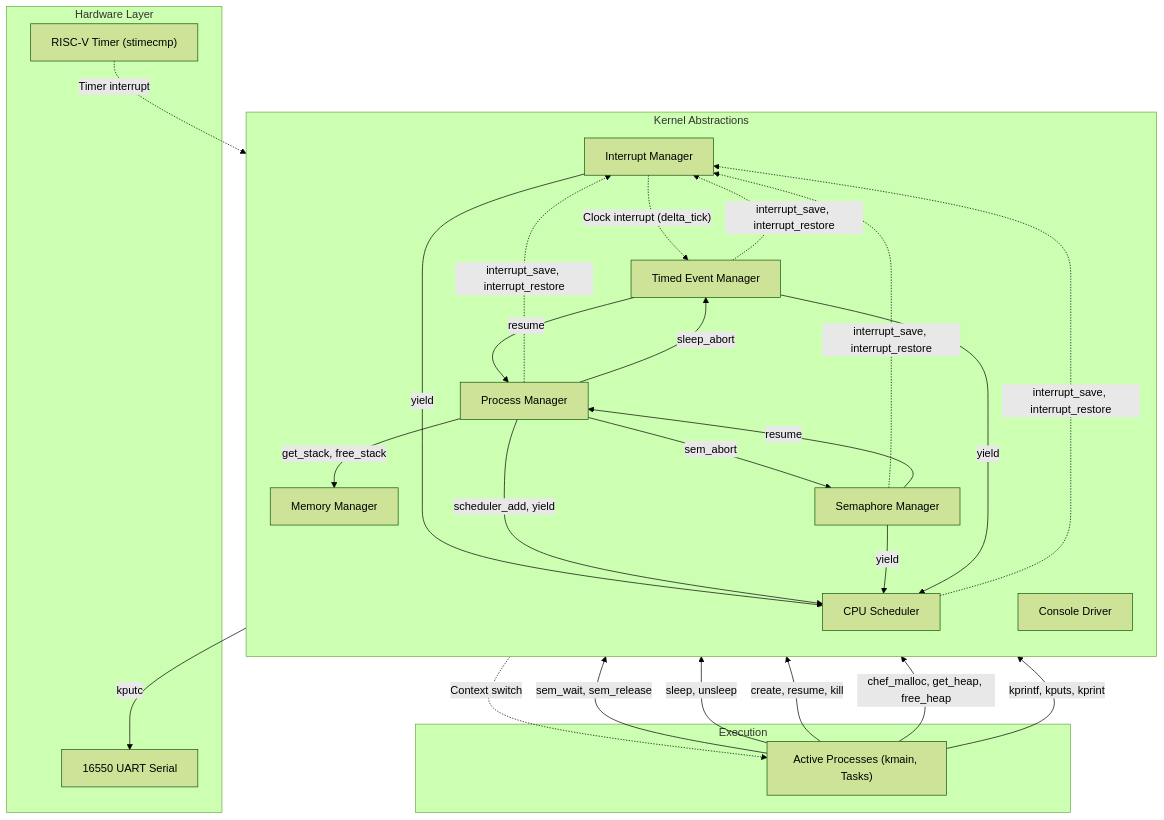
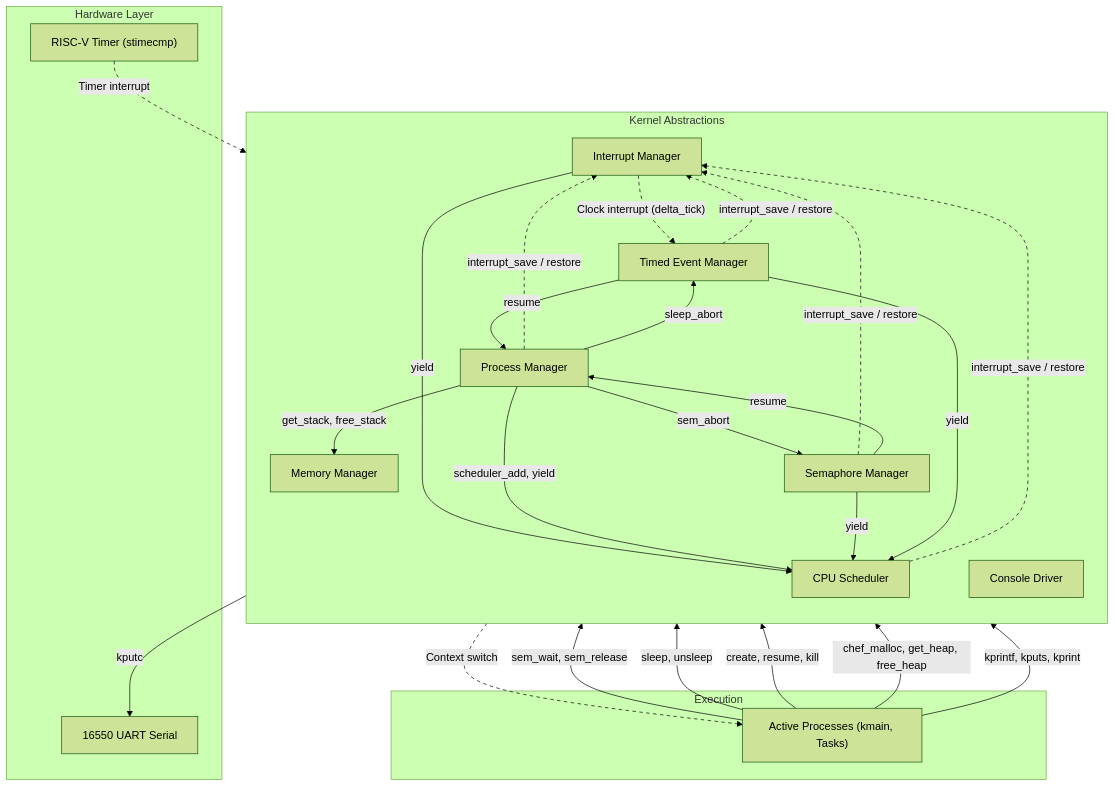
The diagram in README.md (AtesIsf/Rio), drawn with Mermaid (forest theme) before and after one commit.

Commit message:
fixed lines

````diff
--- a/README.md
+++ b/README.md
@@ -173,56 +173,59 @@
 ```mermaid
 flowchart TD
     subgraph Hardware ["Hardware Layer"]
         HW_TIMER["RISC-V Timer (stimecmp)"]
         HW_UART["16550 UART Serial"]
     end
 
     subgraph Core ["Kernel Abstractions"]
         direction TB
         MEM["Memory Manager"]
         PROC["Process Manager"]
         INT["Interrupt Manager"]
         SCHED["CPU Scheduler"]
         SEM["Semaphore Manager"]
         TIMED["Timed Event Manager"]
         CONSOLE["Console Driver"]
     end
 
     subgraph Exec ["Execution"]
         TASKS["Active Processes (kmain, Tasks)"]
     end
 
     %% Preemption & Scheduling
     HW_TIMER -.->|"Timer interrupt"| INT
     INT -->|"yield"| SCHED
     SCHED -.->|"Context switch"| TASKS
 
     %% Concurrency & Critical Sections
-    SCHED -.->|"interrupt_save, interrupt_restore"| INT
-    PROC -.->|"interrupt_save, interrupt_restore"| INT
-    SEM -.->|"interrupt_save, interrupt_restore"| INT
-    TIMED -.->|"interrupt_save, interrupt_restore"| INT
+    SCHED -.->|"interrupt_save / restore"| INT
+    PROC -.->|"interrupt_save / restore"| INT
+    SEM -.->|"interrupt_save / restore"| INT
+    TIMED -.->|"interrupt_save / restore"| INT
 
     %% Process & Memory Interactions
     PROC -->|"get_stack, free_stack"| MEM
     PROC -->|"scheduler_add, yield"| SCHED
 
     %% Synchronization (Semaphores)
     TASKS -->|"sem_wait, sem_release"| SEM
     SEM -->|"resume"| PROC
     SEM -->|"yield"| SCHED
     PROC -->|"sem_abort"| SEM
 
     %% Timed Events & Sleep
     TASKS -->|"sleep, unsleep"| TIMED
     INT -.->|"Clock interrupt (delta_tick)"| TIMED
     TIMED -->|"resume"| PROC
     TIMED -->|"yield"| SCHED
     PROC -->|"sleep_abort"| TIMED
 
     %% Task Execution & I/O
     TASKS -->|"create, resume, kill"| PROC
     TASKS -->|"chef_malloc, get_heap, free_heap"| MEM
     TASKS -->|"kprintf, kputs, kprint"| CONSOLE
     CONSOLE -->|"kputc"| HW_UART
+
+    %% Style dotted links prominently
+    linkStyle 0,2,3,4,5,6,14 stroke-dasharray: 5 5;
 ```
````
